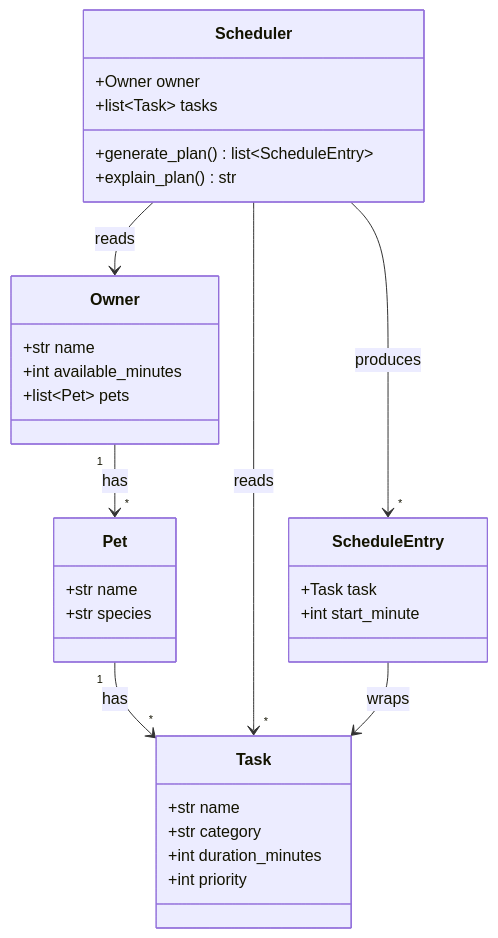
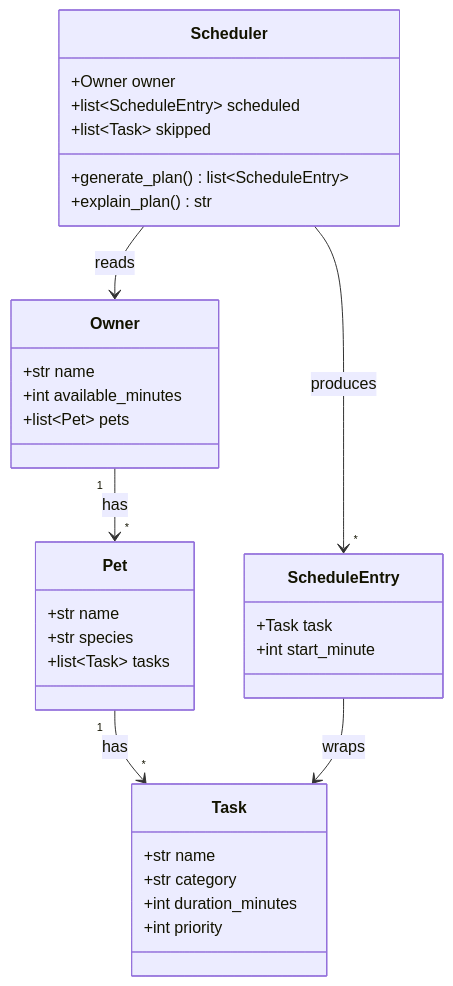
One commit to Youssef-Beltagy/hw2 changed the diagram in uml.md. Above: the diagram before and after it, drawn with Mermaid. The commit also changed 2 other files, not shown here.

Commit message:
model reflection and refine

````diff
--- a/uml.md
+++ b/uml.md
@@ -3,39 +3,40 @@
 ```mermaid
 classDiagram
     class Owner {
         +str name
         +int available_minutes
         +list~Pet~ pets
     }
 
     class Pet {
         +str name
         +str species
+        +list~Task~ tasks
     }
 
     class Task {
         +str name
         +str category
         +int duration_minutes
         +int priority
     }
 
     class ScheduleEntry {
         +Task task
         +int start_minute
     }
 
     class Scheduler {
         +Owner owner
-        +list~Task~ tasks
+        +list~ScheduleEntry~ scheduled
+        +list~Task~ skipped
         +generate_plan() list~ScheduleEntry~
         +explain_plan() str
     }
 
     Owner "1" --> "*" Pet : has
     Pet "1" --> "*" Task : has
     Scheduler --> Owner : reads
-    Scheduler --> "*" Task : reads
     Scheduler --> "*" ScheduleEntry : produces
     ScheduleEntry --> Task : wraps
 ```
````
